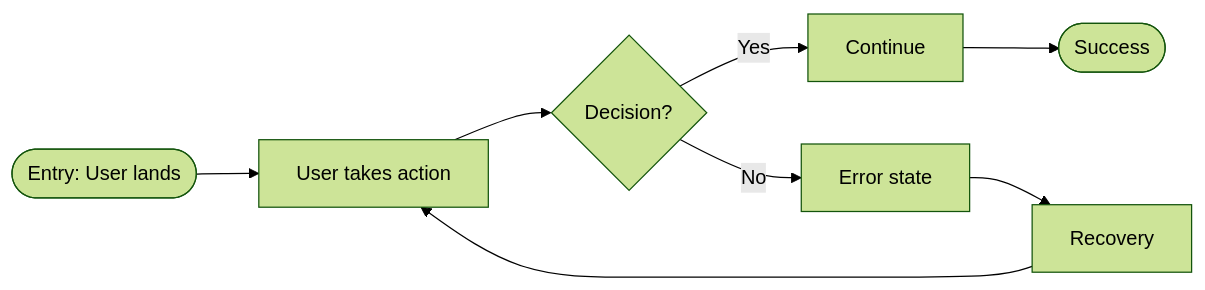
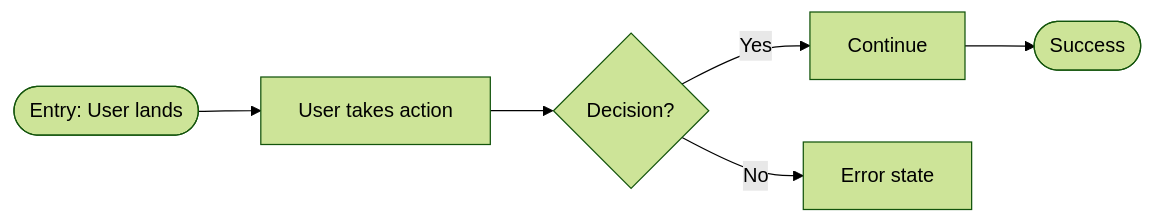
Before and after one commit to ash4180/vorbit: the first of 4 diagrams in skills/journey/SKILL.md, drawn with Mermaid (forest theme). The commit also changed other lines of this file, not shown here.

Commit message:
feat: Update Mermaid diagram guidelines to prohibit back-loops and define error states as terminal, improving clarity and layout.

````diff
--- a/skills/journey/SKILL.md
+++ b/skills/journey/SKILL.md
@@ -44,10 +44,8 @@
 ```mermaid
 flowchart LR
-    A(["Entry: User lands"]) --> B["User takes action"]
-    B --> C{"Decision?"}
-    C -->|"Yes"| D["Continue"]
-    C -->|"No"| E["Error state"]
-    E --> F["Recovery"]
-    F --> B
-    D --> G(["Success"])
+    A(["Entry: User lands"]):::startend --> B["User takes action"]:::action
+    B --> C{"Decision?"}:::decision
+    C -->|"Yes"| D["Continue"]:::action
+    C -->|"No"| E["Error state"]:::negative
+    D --> F(["Success"]):::startend
 ```
````
